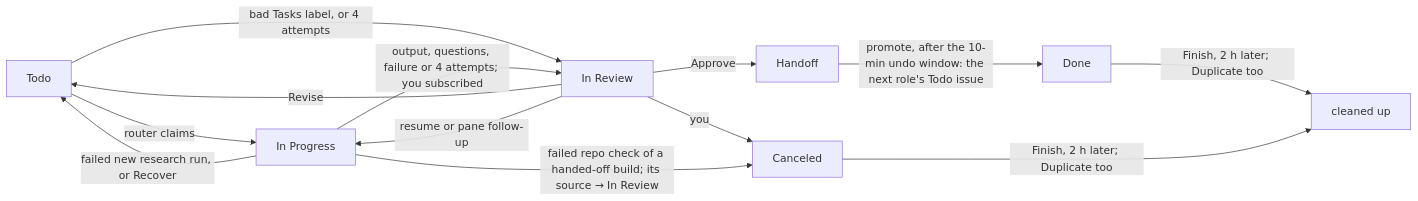
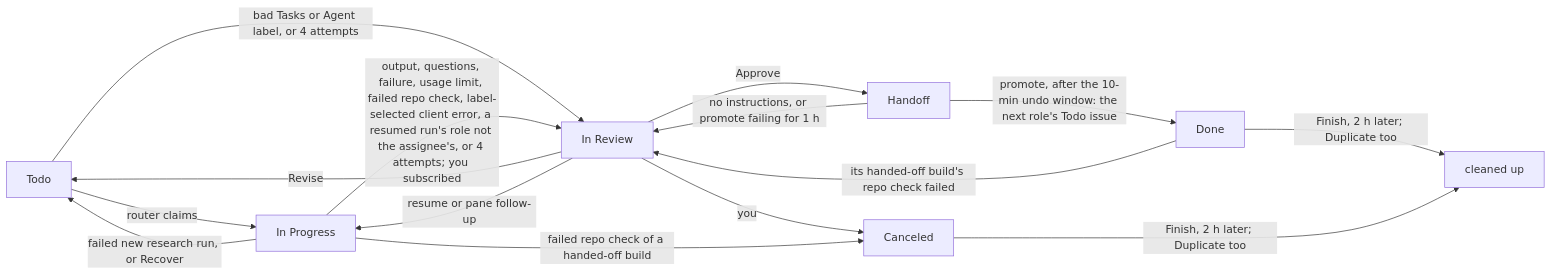
One commit to ophis/agent-pm changed the first of 2 diagrams in docs/board.md. Above: the diagram before and after it, drawn with Mermaid. The commit also changed other lines of this file and 491 other files, not shown here.

````diff
--- a/docs/board.md
+++ b/docs/board.md
@@ -54,14 +68,16 @@
 ```mermaid
 flowchart LR
     T[Todo] -->|router claims| P[In Progress]
-    T -->|"bad Tasks label, or 4 attempts"| R[In Review]
-    P -->|"output, questions, failure or 4 attempts; you subscribed"| R
+    T -->|"bad Tasks or Agent label, or 4 attempts"| R[In Review]
+    P -->|"output, questions, failure, usage limit, failed repo check, label-selected client error, a resumed run's role not the assignee's, or 4 attempts; you subscribed"| R
     P -->|"failed new research run, or Recover"| T
     R -->|Approve| H[Handoff]
     R -->|Revise| T
     R -->|"resume or pane follow-up"| P
     R -->|you| C[Canceled]
-    P -->|"failed repo check of a handed-off build; its source → In Review"| C
+    P -->|"failed repo check of a handed-off build"| C
     H -->|"promote, after the 10-min undo window: the next role's Todo issue"| D[Done]
+    H -->|"no instructions, or promote failing for 1 h"| R
+    D -->|"its handed-off build's repo check failed"| R
     D & C -->|"Finish, 2 h later; Duplicate too"| X[cleaned up]
 ```
````
